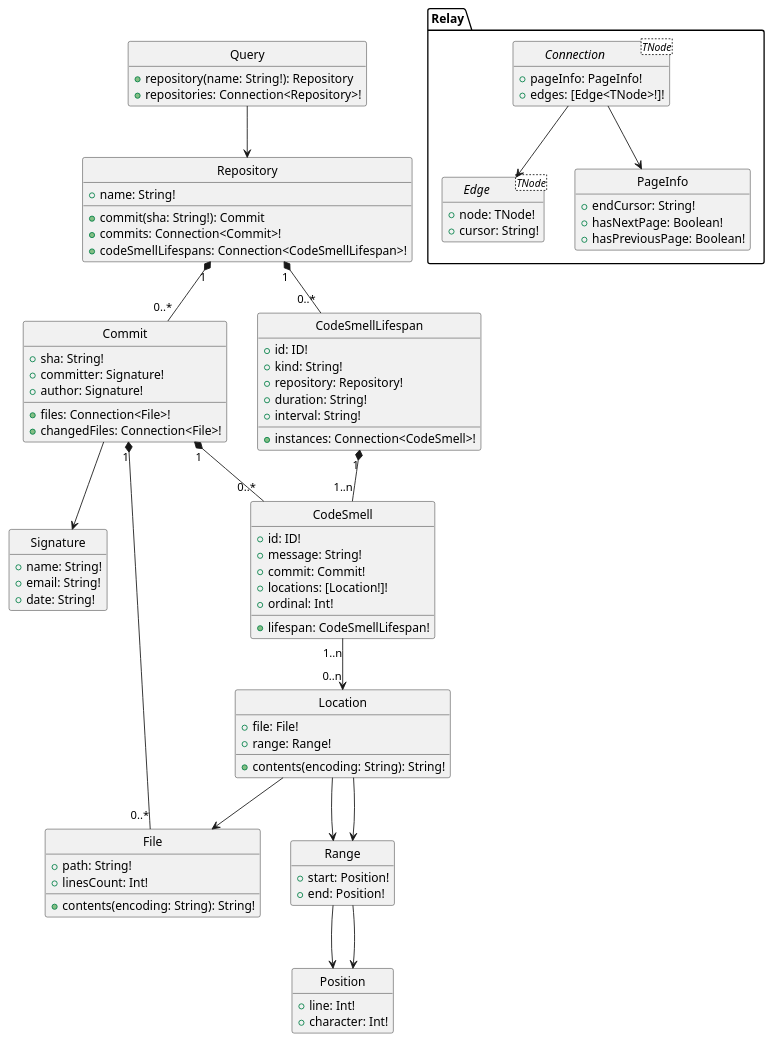
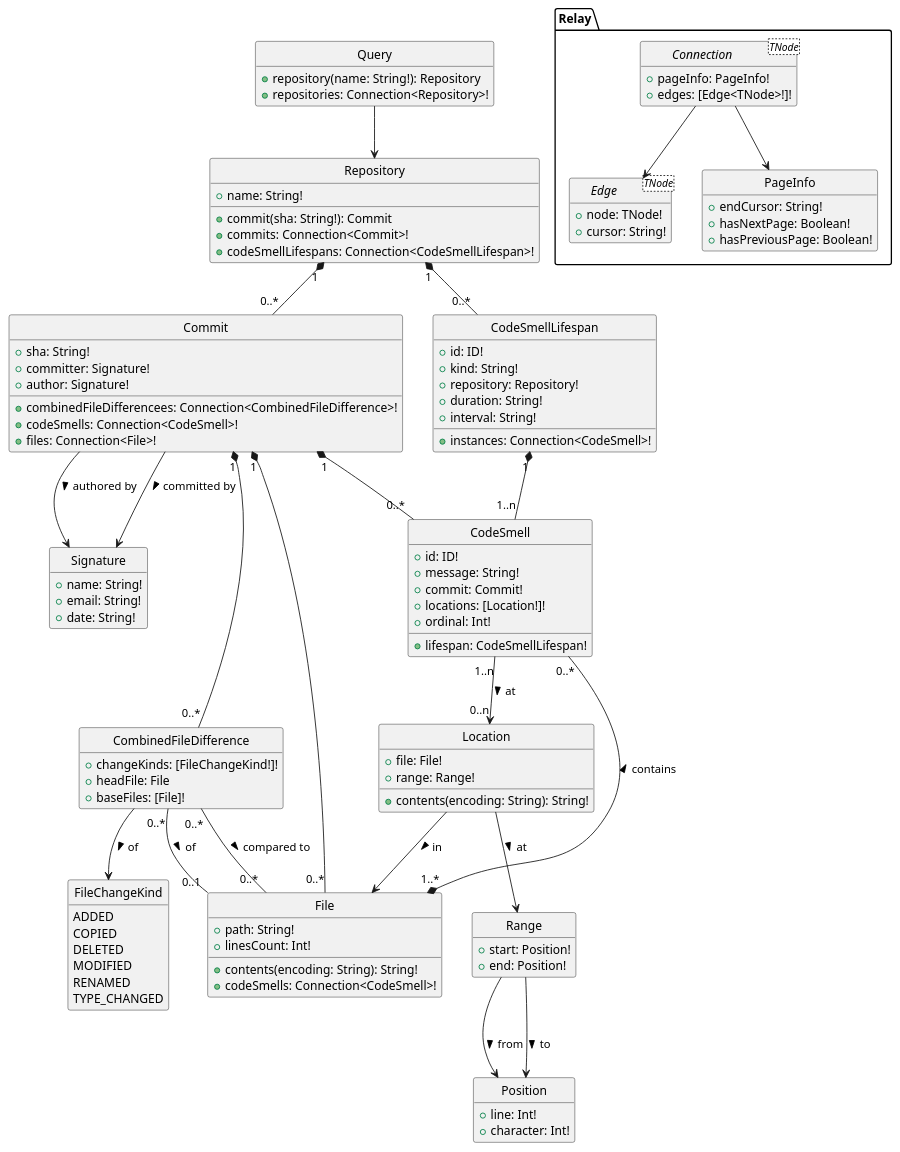
The diagram in schema/graphql.plantuml (felixfbecker/olfaction), drawn with PlantUML before and after one commit. The commit also changed 9 other files, not shown here.

```diff
--- a/schema/graphql.plantuml
+++ b/schema/graphql.plantuml
@@ -1,99 +1,121 @@
 @startuml GraphQL
 hide circle
 hide empty members
 
 class Query {
   {method} +repository(name: String!): Repository
   {method} +repositories: Connection<Repository>!
 }
 Query --> Repository
 
 class Repository {
   +name: String!
   {method} +commit(sha: String!): Commit
   {method} +commits: Connection<Commit>!
   {method} +codeSmellLifespans: Connection<CodeSmellLifespan>!
 }
 Repository "1" *-- "0..*" Commit
 Repository "1" *-- "0..*" CodeSmellLifespan
 
 class Commit {
   +sha: String!
   +committer: Signature!
   +author: Signature!
+  {method} +combinedFileDifferencees: Connection<CombinedFileDifference>!
+  {method} +codeSmells: Connection<CodeSmell>!
   {method} +files: Connection<File>!
-  {method} +changedFiles: Connection<File>!
 }
-Commit --> Signature
+Commit --> Signature : committed by >
+Commit --> Signature : authored by >
 Commit "1" *-- "0..*" CodeSmell
 Commit "1" *-- "0..*" File
+Commit "1" *-- "0..*" CombinedFileDifference
+
+class CombinedFileDifference {
+  +changeKinds: [FileChangeKind!]!
+  +headFile: File
+  +baseFiles: [File]!
+}
+CombinedFileDifference "0..*" -- "0..1" File : of >
+CombinedFileDifference "0..*" -- "0..*" File : compared to >
+CombinedFileDifference --> FileChangeKind : of >
+
+enum FileChangeKind {
+  ADDED
+  COPIED
+  DELETED
+  MODIFIED
+  RENAMED
+  TYPE_CHANGED
+}
 
 class Signature {
   +name: String!
   +email: String!
   +date: String!
 }
 
 class CodeSmell {
   +id: ID!
   +message: String!
   +commit: Commit!
   +locations: [Location!]!
   +ordinal: Int!
   {method} +lifespan: CodeSmellLifespan!
 }
-CodeSmell "1..n" --> "0..n" Location
+CodeSmell "1..n" --> "0..n" Location : at >
 
 class Location {
   +file: File!
   +range: Range!
   +contents(encoding: String): String!
 }
-Location --> Range
-Location --> Range
-Location --> File
+Location --> File : in >
+Location --> Range : at >
 class Range {
   +start: Position!
   +end: Position!
 }
-Range --> Position
-Range --> Position
+Range --> Position : from >
+Range --> Position : to >
 class Position {
   +line: Int!
   +character: Int!
 }
 
 class CodeSmellLifespan {
   +id: ID!
   +kind: String!
   +repository: Repository!
   +duration: String!
   +interval: String!
   {method} +instances: Connection<CodeSmell>!
 }
 CodeSmellLifespan "1" *-- "1..n" CodeSmell
 
 class File {
   +path: String!
   +linesCount: Int!
   +contents(encoding: String): String!
+  {method} +codeSmells: Connection<CodeSmell>!
 }
+File "1..*" *-- "0..*" CodeSmell : contains >
 
 namespace Relay {
   interface Connection<TNode> {
     +pageInfo: PageInfo!
     +edges: [Edge<TNode>!]!
   }
   Connection --> Edge
   Connection --> PageInfo
   class PageInfo {
     +endCursor: String!
     +hasNextPage: Boolean!
     +hasPreviousPage: Boolean!
   }
   interface Edge<TNode> {
     +node: TNode!
     +cursor: String!
   }
 }
 @enduml
```
